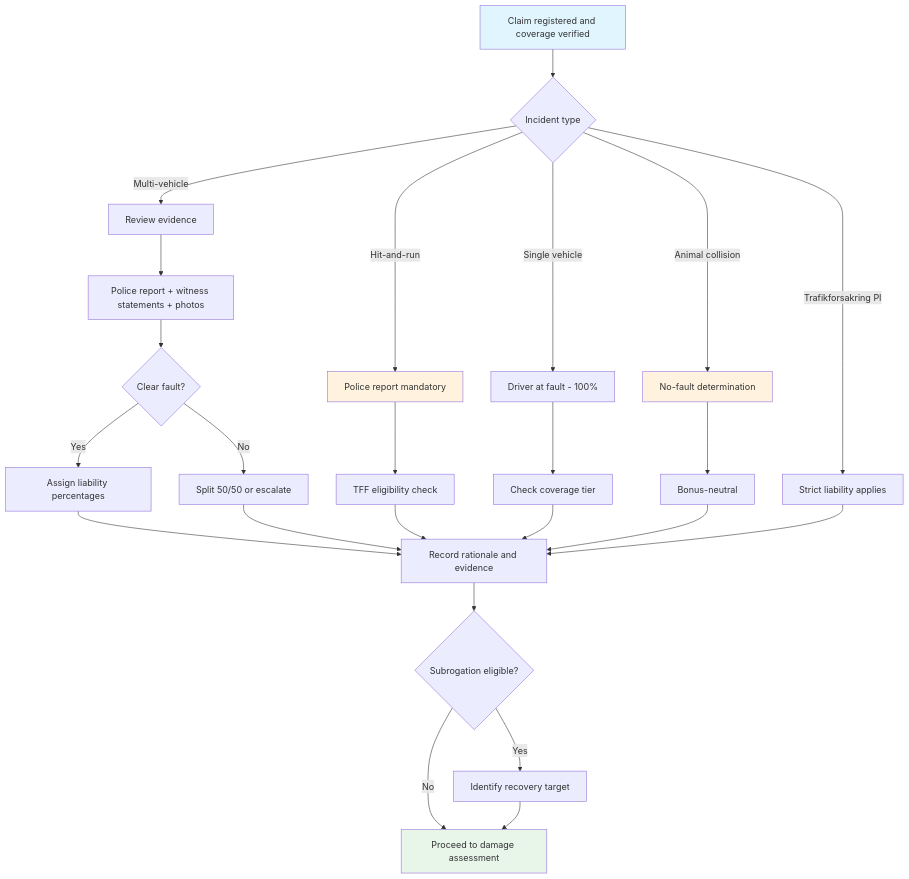
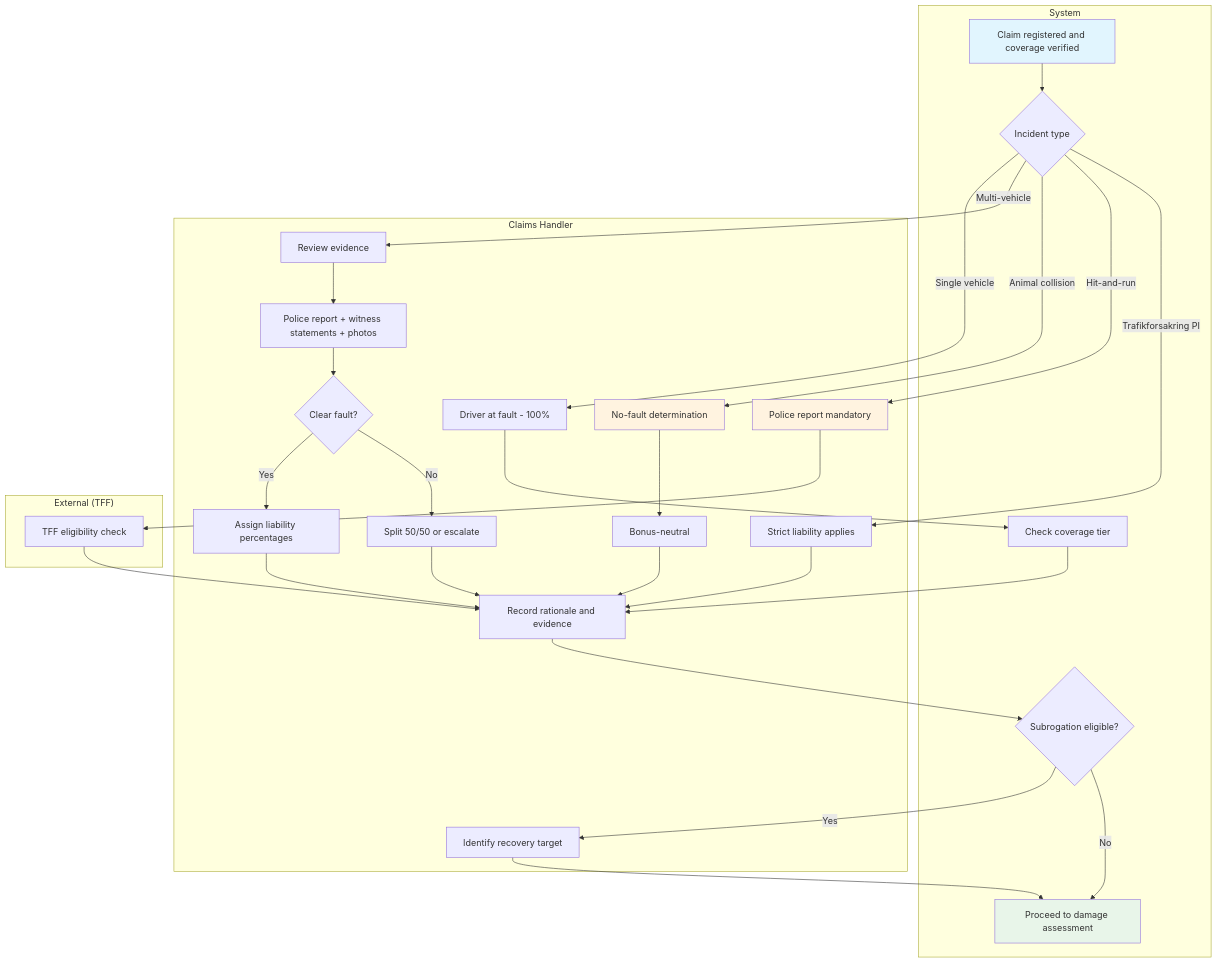
One commit to Agentic-software-factory/insurance-platform-requirements changed the first of 2 diagrams in docs/phase-1-motor/use-cases/uc-liability-determination.md. Above: the diagram before and after it, drawn with Mermaid. The commit also changed 13 other files, not shown here.

````diff
--- a/docs/phase-1-motor/use-cases/uc-liability-determination.md
+++ b/docs/phase-1-motor/use-cases/uc-liability-determination.md
@@ -51,31 +51,56 @@
 ```mermaid
 flowchart TD
-    A[Claim registered and coverage verified] --> B{Incident type}
-    B -->|Single vehicle| C[Driver at fault - 100%]
-    C --> D[Check coverage tier]
-    B -->|Multi-vehicle| E[Review evidence]
-    E --> F[Police report + witness statements + photos]
-    F --> G{Clear fault?}
-    G -->|Yes| H[Assign liability percentages]
-    G -->|No| I[Split 50/50 or escalate]
-    B -->|Animal collision| J[No-fault determination]
-    J --> K[Bonus-neutral]
-    B -->|Hit-and-run| L[Police report mandatory]
-    L --> M[TFF eligibility check]
-    H --> N[Record rationale and evidence]
+    subgraph System
+        A[Claim registered and coverage verified]
+        B{Incident type}
+        D[Check coverage tier]
+        O{Subrogation eligible?}
+        Q[Proceed to damage assessment]
+    end
+    subgraph Claims Handler
+        C[Driver at fault - 100%]
+        E[Review evidence]
+        F[Police report + witness statements + photos]
+        G{Clear fault?}
+        H[Assign liability percentages]
+        I[Split 50/50 or escalate]
+        J[No-fault determination]
+        K[Bonus-neutral]
+        L[Police report mandatory]
+        N[Record rationale and evidence]
+        P[Identify recovery target]
+        R[Strict liability applies]
+    end
+    subgraph External["External (TFF)"]
+        M[TFF eligibility check]
+    end
+
+    A --> B
+    B -->|Single vehicle| C
+    C --> D
+    B -->|Multi-vehicle| E
+    E --> F
+    F --> G
+    G -->|Yes| H
+    G -->|No| I
+    B -->|Animal collision| J
+    J --> K
+    B -->|Hit-and-run| L
+    L --> M
+    H --> N
     I --> N
     M --> N
     D --> N
     K --> N
-    N --> O{Subrogation eligible?}
-    O -->|Yes| P[Identify recovery target]
-    O -->|No| Q[Proceed to damage assessment]
+    N --> O
+    O -->|Yes| P
+    O -->|No| Q
     P --> Q
-    B -->|Trafikforsakring PI| R[Strict liability applies]
+    B -->|Trafikforsakring PI| R
     R --> N
 
     style A fill:#e1f5fe
     style Q fill:#e8f5e9
     style J fill:#fff3e0
     style L fill:#fff3e0
 ```
````
